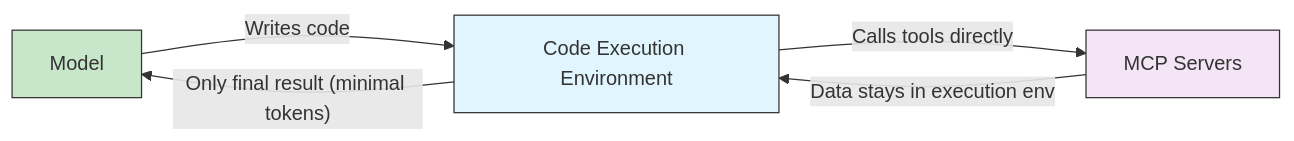
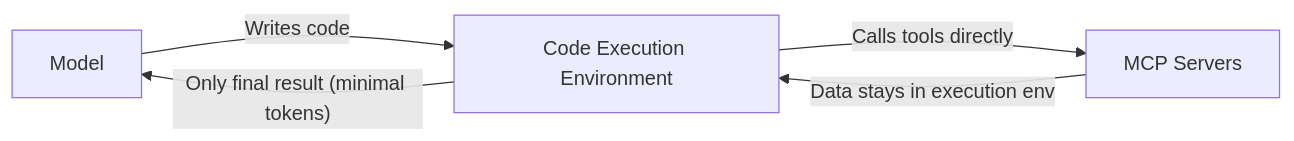
Before and after one commit to Rx782-Fss/claude-howto-zh: the seventh of 7 diagrams in claude-howto-zh/05-mcp/README.md, drawn with Mermaid. The commit also changed other lines of this file and 9 other files, not shown here.

Commit message:
fix: 清除 Mermaid style 行(105处)和节点标签数字列表格式(17处)，修复 Obsidian/GitHub 'Unsupported markdown: list' 渲染错误

````diff
--- a/claude-howto-zh/05-mcp/README.md
+++ b/claude-howto-zh/05-mcp/README.md
@@ -762,11 +740,8 @@
 ```mermaid
 graph LR
     A["Model"] -->|"Writes code"| B["Code Execution Environment"]
     B -->|"Calls tools directly"| C["MCP Servers"]
     C -->|"Data stays in execution env"| B
     B -->|"Only final result (minimal tokens)"| A
 
-    style A fill:#c8e6c9,stroke:#333,color:#333
-    style B fill:#e1f5fe,stroke:#333,color:#333
-    style C fill:#f3e5f5,stroke:#333,color:#333
 ```
````
